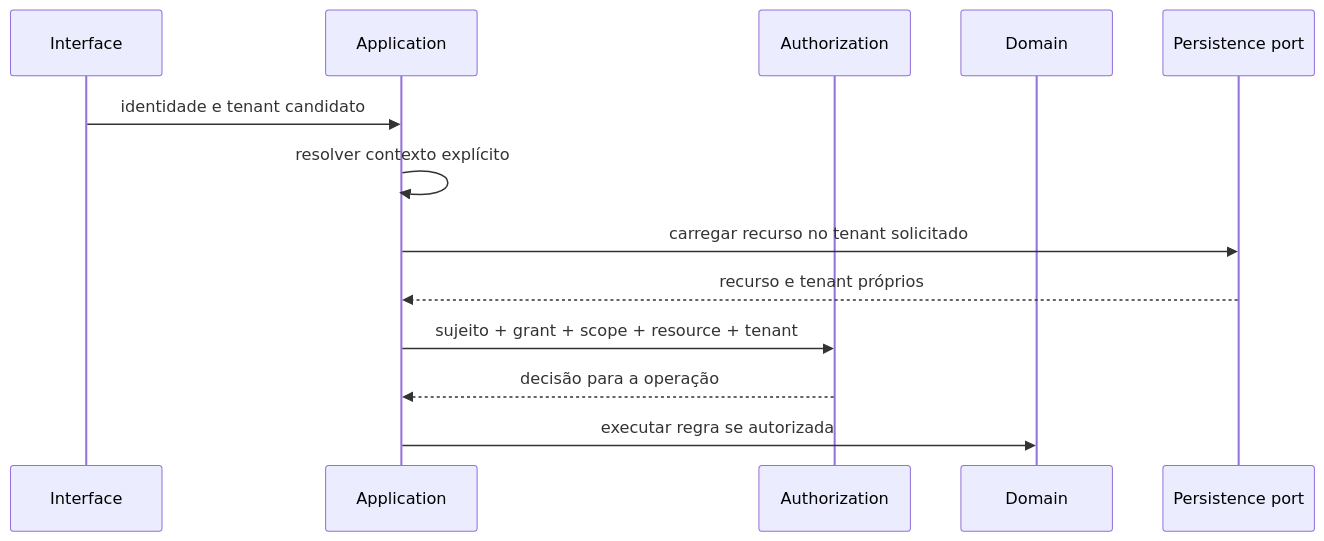
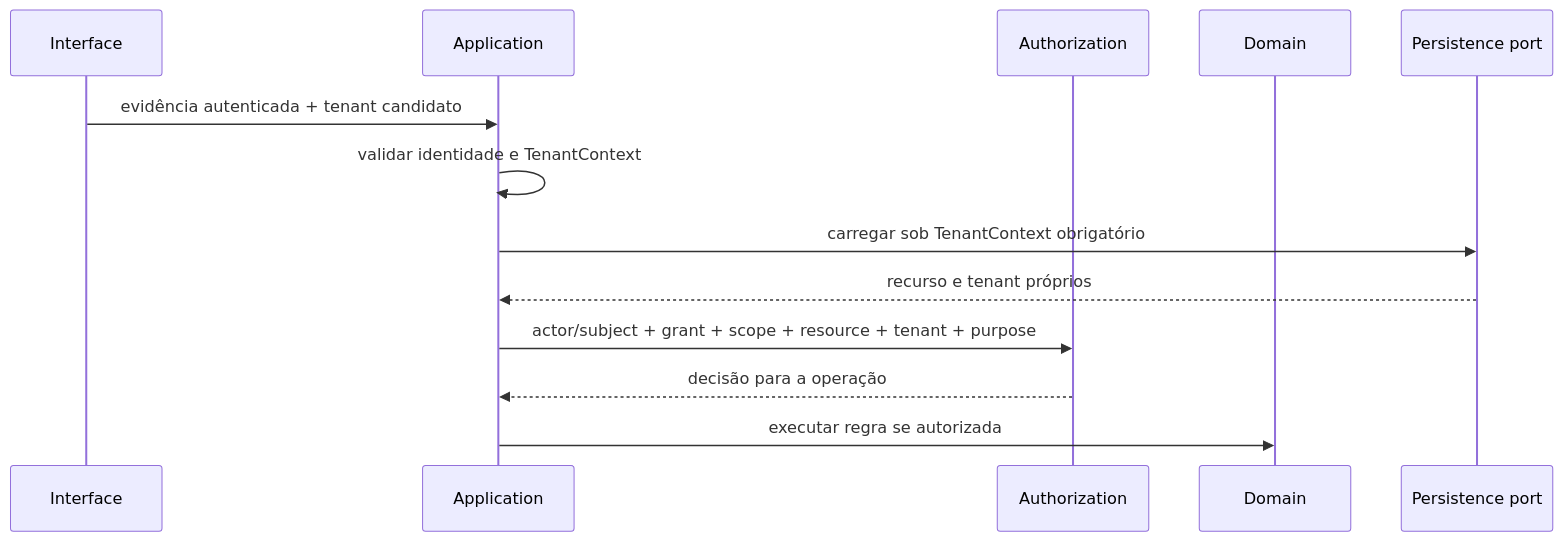
Before and after one commit to arthurdiblasio/condominio-context: the second of 2 diagrams in docs/architecture/tenant-context.md, drawn with Mermaid. The commit also changed other lines of this file and 19 other files, not shown here.

First line of the commit message:
refactor: enhance authorization and tenant context documentation

````diff
--- a/docs/architecture/tenant-context.md
+++ b/docs/architecture/tenant-context.md
@@ -27,15 +54,15 @@
 ```mermaid
 sequenceDiagram
     participant I as Interface
     participant A as Application
     participant Auth as Authorization
     participant D as Domain
     participant P as Persistence port
-    I->>A: identidade e tenant candidato
-    A->>A: resolver contexto explícito
-    A->>P: carregar recurso no tenant solicitado
+    I->>A: evidência autenticada + tenant candidato
+    A->>A: validar identidade e TenantContext
+    A->>P: carregar sob TenantContext obrigatório
     P-->>A: recurso e tenant próprios
-    A->>Auth: sujeito + grant + scope + resource + tenant
+    A->>Auth: actor/subject + grant + scope + resource + tenant + purpose
     Auth-->>A: decisão para a operação
     A->>D: executar regra se autorizada
 ```
````
